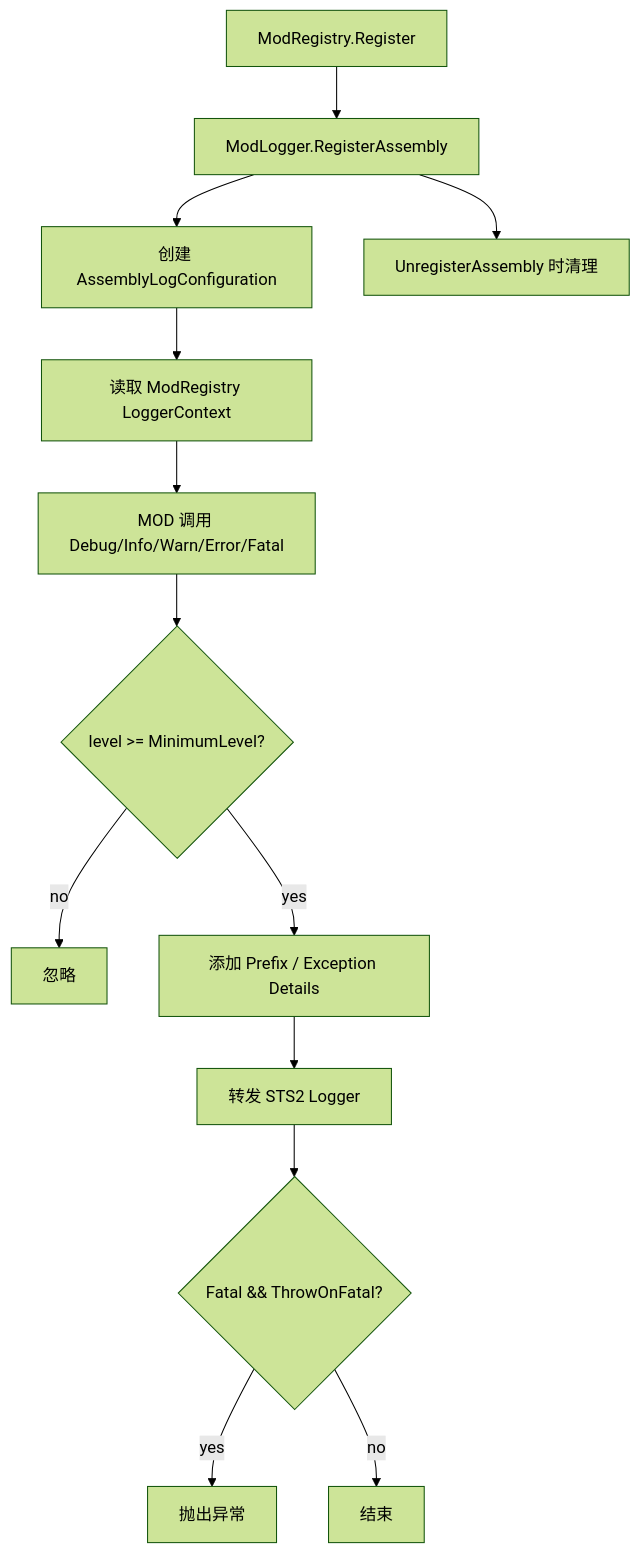
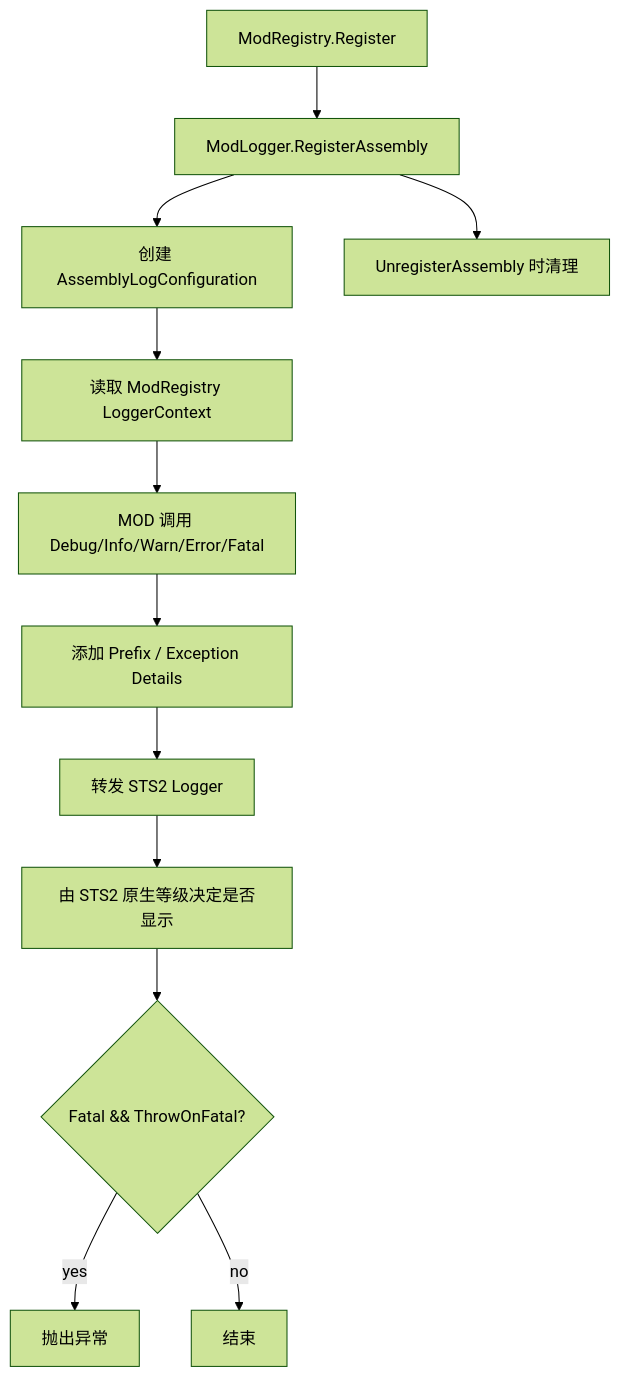
One commit to JMC2002/SlayTheSpire2_JmcModLib changed the ninth of 14 diagrams in docs/JML_API_Reference.md. Above: the diagram before and after it, drawn with Mermaid (forest theme). The commit also changed other lines of this file and 9 other files, not shown here.

````diff
--- a/docs/JML_API_Reference.md
+++ b/docs/JML_API_Reference.md
@@ -703,15 +703,14 @@
 ```mermaid
 flowchart TD
     A[ModRegistry.Register] --> B[ModLogger.RegisterAssembly]
     B --> C[创建 AssemblyLogConfiguration]
     C --> D[读取 ModRegistry LoggerContext]
     D --> E[MOD 调用 Debug/Info/Warn/Error/Fatal]
-    E --> F{level >= MinimumLevel?}
-    F -- no --> G[忽略]
-    F -- yes --> H[添加 Prefix / Exception Details]
-    H --> I[转发 STS2 Logger]
-    I --> J{Fatal && ThrowOnFatal?}
-    J -- yes --> K[抛出异常]
-    J -- no --> L[结束]
+    E --> F[添加 Prefix / Exception Details]
+    F --> G[转发 STS2 Logger]
+    G --> H[由 STS2 原生等级决定是否显示]
+    H --> I{Fatal && ThrowOnFatal?}
+    I -- yes --> J[抛出异常]
+    I -- no --> K[结束]
     B --> M[UnregisterAssembly 时清理]
 ```
````
